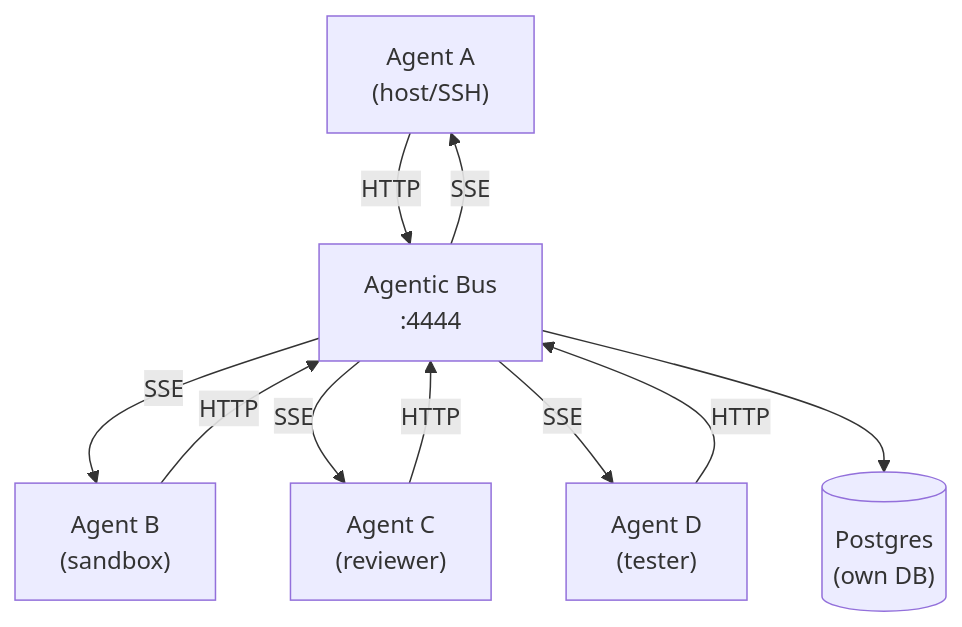
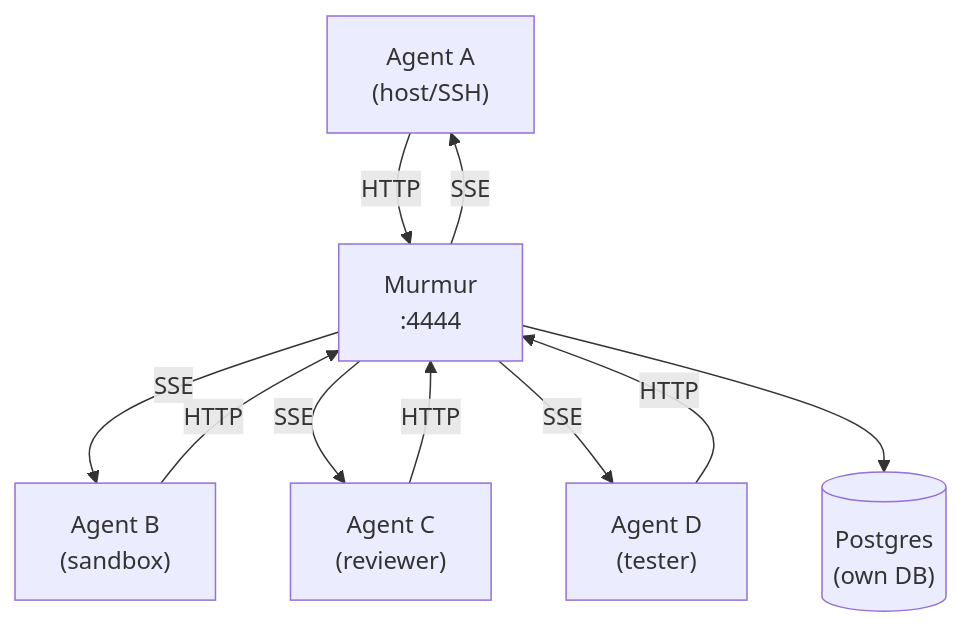
Before and after one commit to srinivasgumdelli/murmur: the diagram in README.md, drawn with Mermaid. The commit also changed other lines of this file and 6 other files, not shown here.

First line of the commit message:
Rename project from agentic-bus to murmur

````diff
--- a/README.md
+++ b/README.md
@@ -17,16 +17,16 @@
 ```mermaid
 graph TD
-    A["Agent A<br/>(host/SSH)"] -- HTTP --> Bus["Agentic Bus<br/>:4444"]
+    A["Agent A<br/>(host/SSH)"] -- HTTP --> Bus["Murmur<br/>:4444"]
     Bus -- SSE --> A
 
     B["Agent B<br/>(sandbox)"] -- HTTP --> Bus
     Bus -- SSE --> B
 
     C["Agent C<br/>(reviewer)"] -- HTTP --> Bus
     Bus -- SSE --> C
 
     D["Agent D<br/>(tester)"] -- HTTP --> Bus
     Bus -- SSE --> D
 
     Bus --> DB[("Postgres<br/>(own DB)")]
 ```
````
